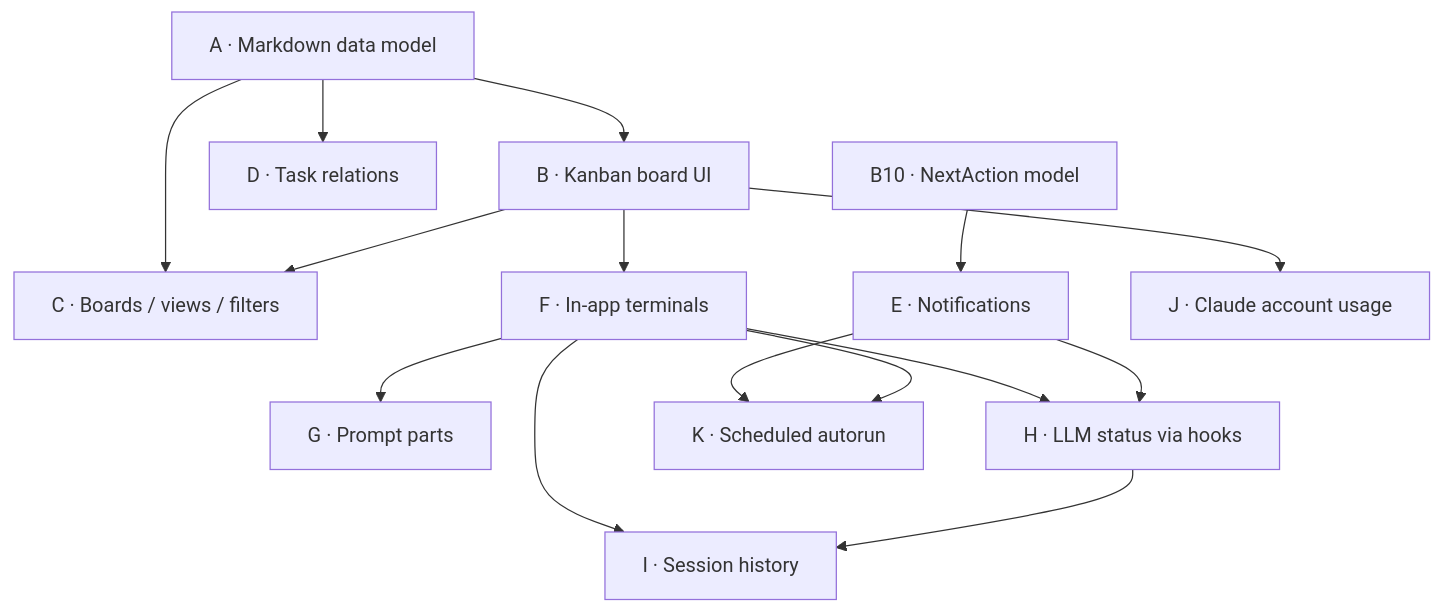
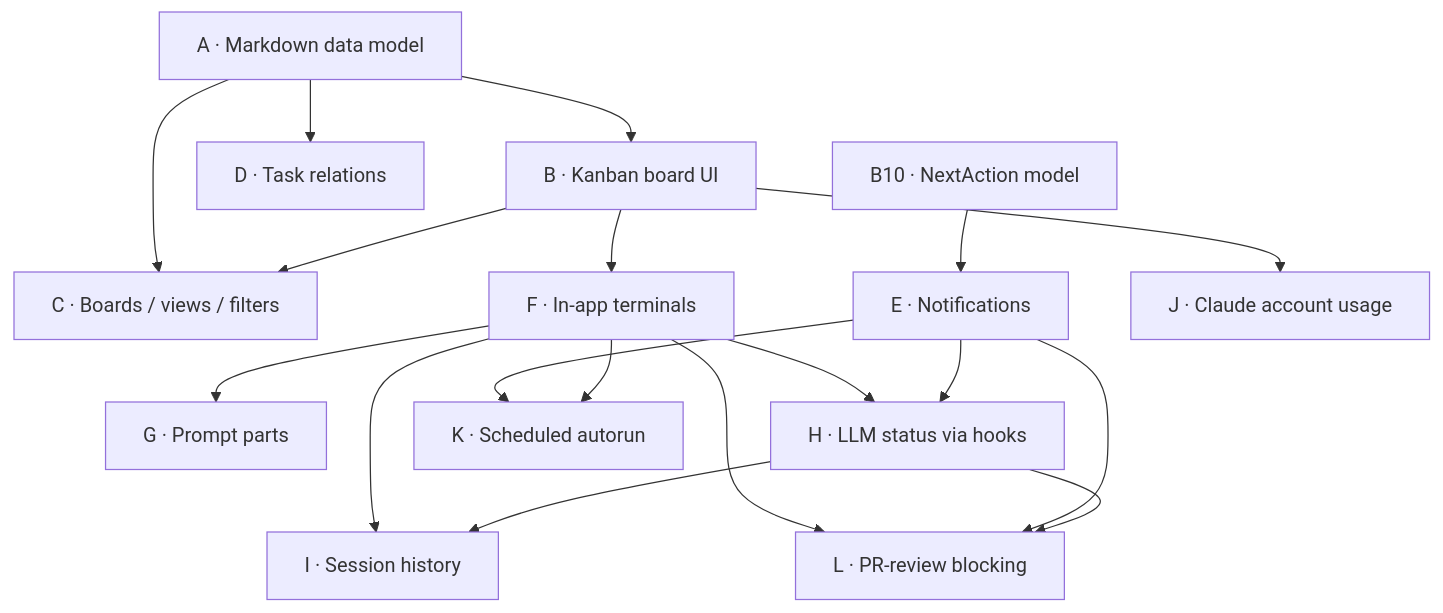
Before and after one commit to vitaliyreznikov/build-your-own-taskman: the diagram in DEPENDENCIES.md, drawn with Mermaid. The commit also changed other lines of this file and 2 other files, not shown here.

Commit message:
spec(L01): PR-review blocking — watch PRs, auto-resume agent on review
New Epic L. A task can be blocked on one or more GitHub PRs; a background
poll (gh CLI, 5-min default) detects the first human review and either
notifies (task has a live terminal) or auto-opens the task terminal with an
extra prompt to address the review. Adds features/L01, MENU row, and the
L01: F12, E01, H07 edge (+ F/E/H --> L in the graph).

````diff
--- a/DEPENDENCIES.md
+++ b/DEPENDENCIES.md
@@ -9,17 +9,20 @@
 ```mermaid
 graph TD
   A[A · Markdown data model] --> B[B · Kanban board UI]
   A --> C[C · Boards / views / filters]
   A --> D[D · Task relations]
   B --> C
   B10[B10 · NextAction model] --> E[E · Notifications]
   B --> F[F · In-app terminals]
   F --> G[G · Prompt parts]
   F --> H[H · LLM status via hooks]
   E --> H
   F --> I[I · Session history]
   H --> I
   B --> J[J · Claude account usage]
   E --> K[K · Scheduled autorun]
   F --> K
+  F --> L[L · PR-review blocking]
+  E --> L
+  H --> L
 ```
````
